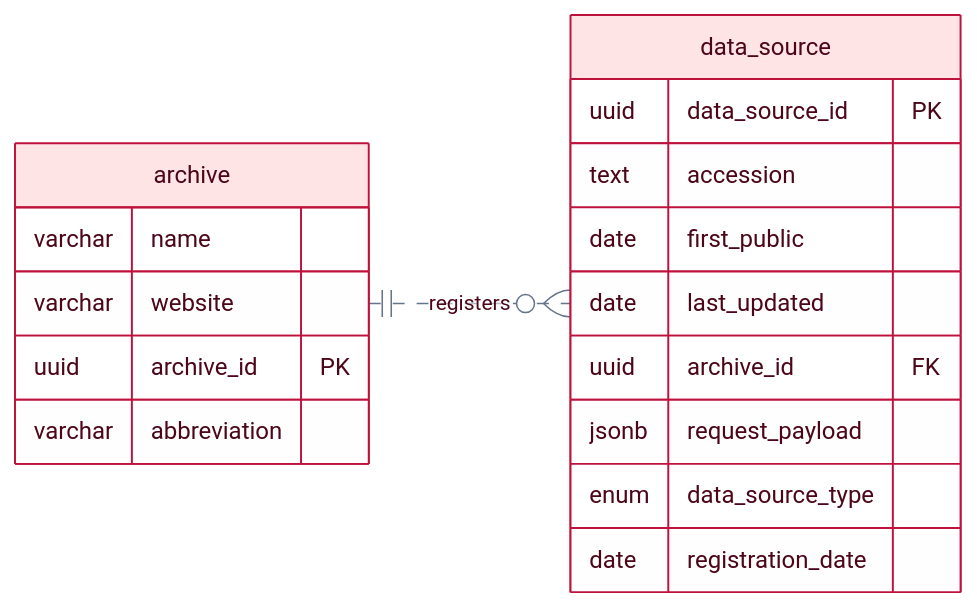
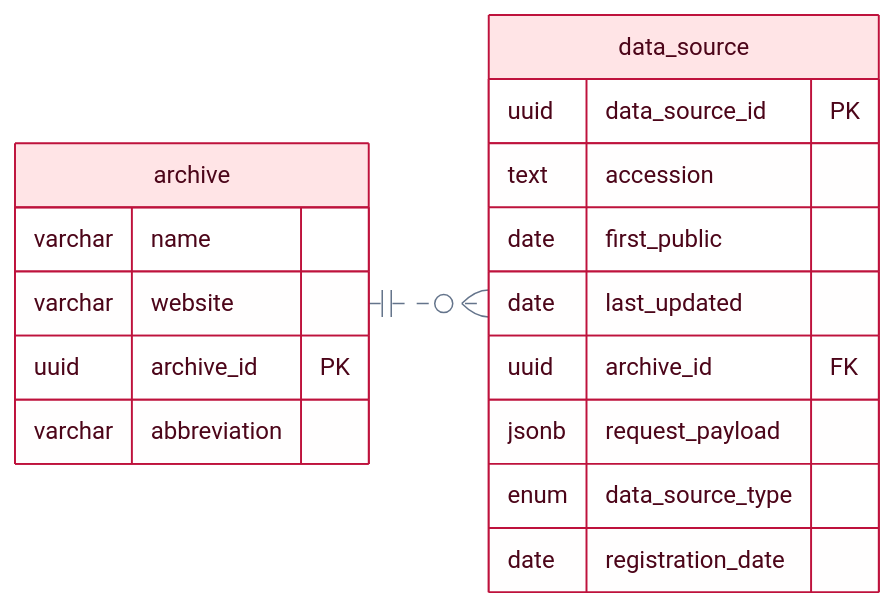
One commit to Ensembl/regulation-data-registry changed the fifth of 7 diagrams in README.md. Above: the diagram before and after it, drawn with Mermaid. The commit also changed other lines of this file, not shown here.

````diff
--- a/README.md
+++ b/README.md
@@ -438,39 +433,39 @@
 ```mermaid
 ---
 config:
   theme: base
   themeCSS: |
     .relationshipLabelBox, .relationshipLabelBox rect { opacity: 1; fill: #f8fafc; }
     .labelBkg { background-color: #f8fafc; }
   themeVariables:
     primaryColor: '#ffe4e6'
     primaryBorderColor: '#be123c'
     primaryTextColor: '#4c0519'
     textColor: '#4c0519'
     lineColor: '#64748b'
     edgeLabelBackground: '#f8fafc'
     attributeBackgroundColorOdd: '#fff1f2'
     attributeBackgroundColorEven: '#ffe4e6'
     labelBoxBkgColor: '#f8fafc'
     labelBoxTextColor: '#0f172a'
 ---
 erDiagram
     direction LR
-    archive ||..o{ data_source : registers
+    archive ||..o{ data_source : ""
     archive {
         varchar name
         varchar website
         uuid archive_id PK
         varchar abbreviation
     }
     data_source {
         uuid data_source_id PK
         text accession
         date first_public
         date last_updated
         uuid archive_id FK
         jsonb request_payload
         enum data_source_type
         date registration_date
     }
 ```
````
